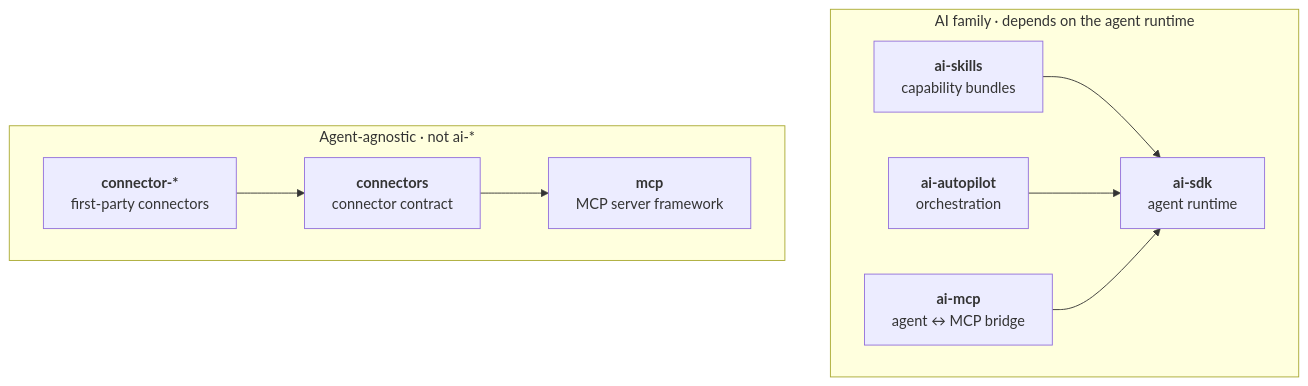
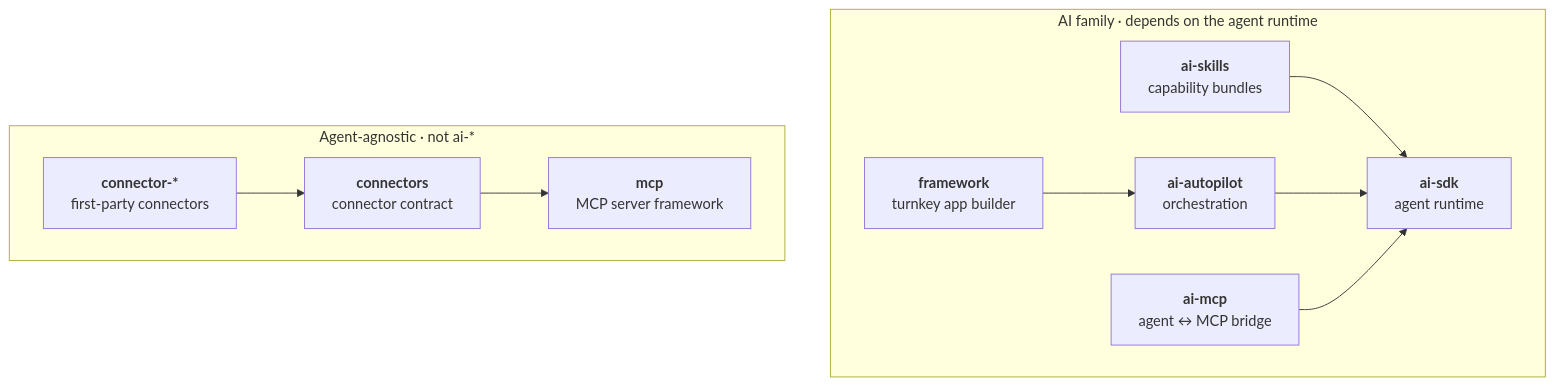
The diagram in README.md (framework/the-framework), drawn with Mermaid before and after one commit. The commit also changed other lines of this file and 1 other file, not shown here.

Commit message:
docs: list @gemstack/framework in the root README; document domain presets in ai-autopilot (#282)

````diff
--- a/README.md
+++ b/README.md
@@ -30,11 +31,12 @@
 ```mermaid
 graph TD
     subgraph fam["AI family · depends on the agent runtime"]
         skills["<b>ai-skills</b><br/>capability bundles"] --> sdk["<b>ai-sdk</b><br/>agent runtime"]
         autopilot["<b>ai-autopilot</b><br/>orchestration"] --> sdk
+        framework["<b>framework</b><br/>turnkey app builder"] --> autopilot
         aimcp["<b>ai-mcp</b><br/>agent ↔ MCP bridge"] --> sdk
     end
     subgraph agn["Agent-agnostic · not ai-*"]
         connstar["<b>connector-*</b><br/>first-party connectors"] --> connectors["<b>connectors</b><br/>connector contract"] --> mcp["<b>mcp</b><br/>MCP server framework"]
     end
 ```
````
